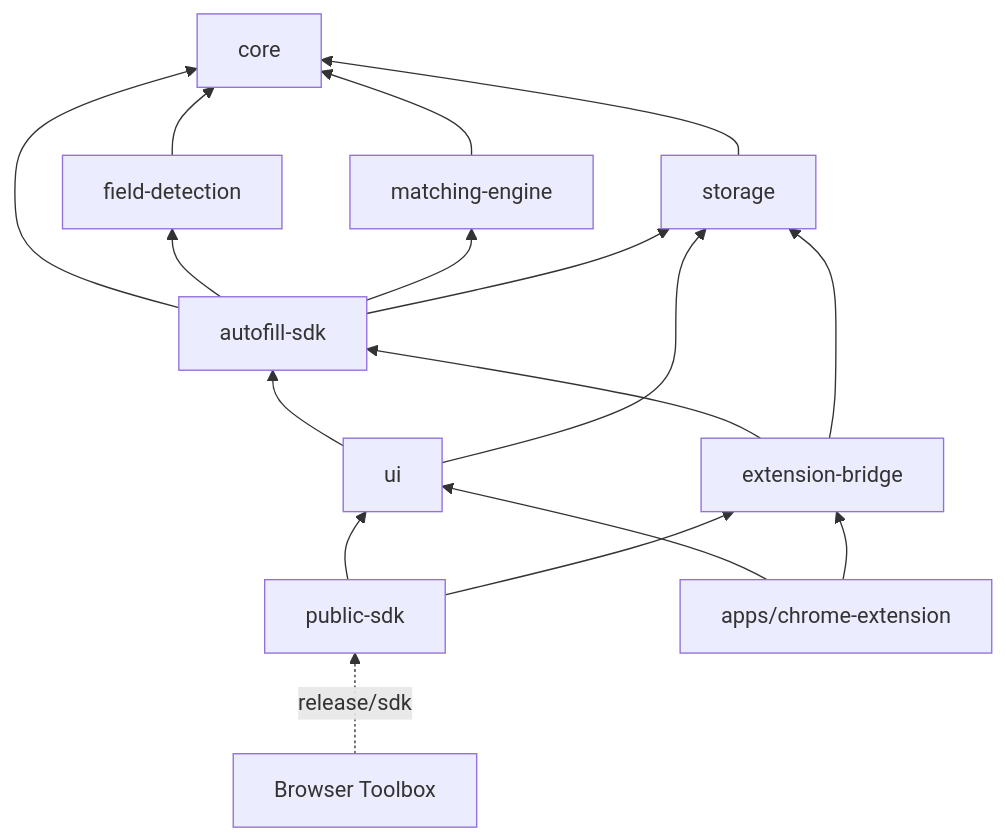
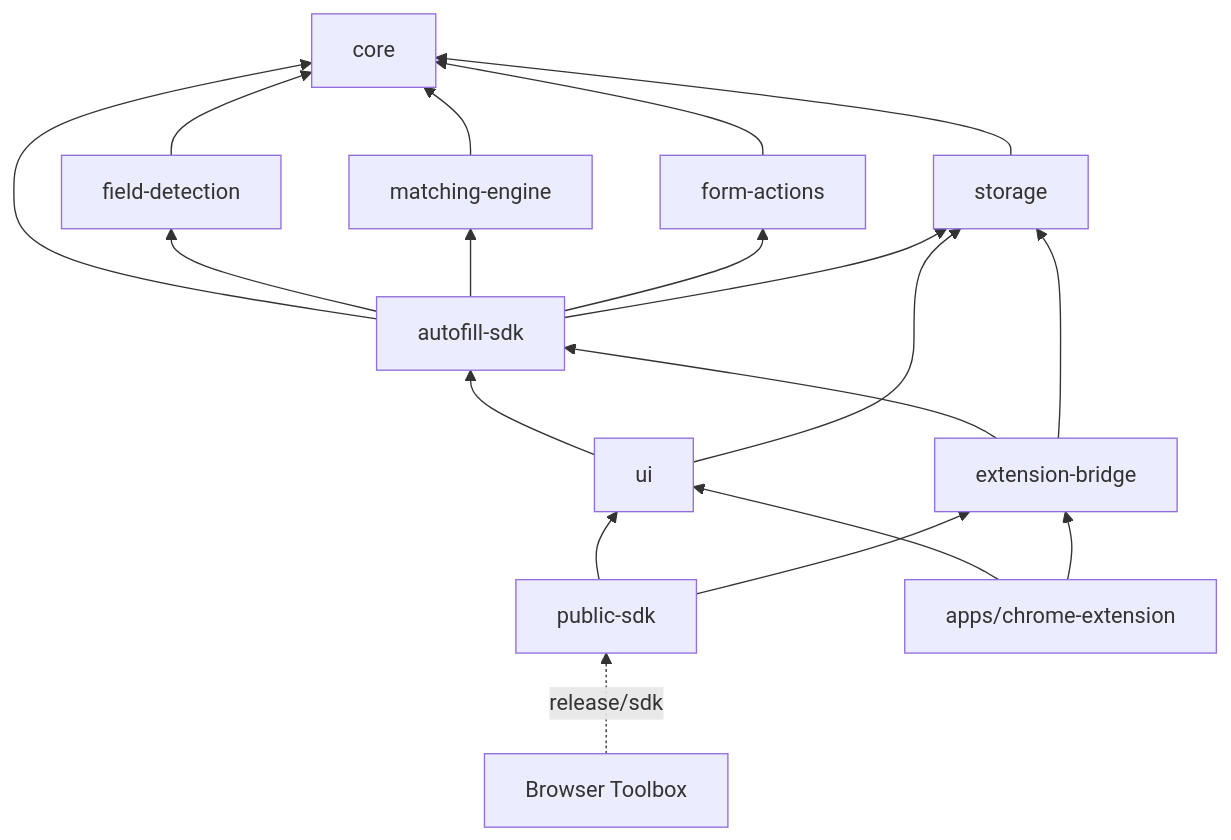
One commit to jayaprakash9603/auto-fill changed the first of 2 diagrams in docs/ARCHITECTURE.md. Above: the diagram before and after it, drawn with Mermaid. The commit also changed other lines of this file and 49 other files, not shown here.

````diff
--- a/docs/ARCHITECTURE.md
+++ b/docs/ARCHITECTURE.md
@@ -34,20 +35,22 @@
 ```mermaid
 flowchart BT
   core
   detection[field-detection] --> core
   matching[matching-engine] --> core
+  actions[form-actions] --> core
   storage --> core
   autofillSdk[autofill-sdk] --> core
   autofillSdk --> detection
   autofillSdk --> matching
+  autofillSdk --> actions
   autofillSdk --> storage
   bridge[extension-bridge] --> autofillSdk
   bridge --> storage
   ui --> autofillSdk
   ui --> storage
   publicSdk[public-sdk] --> ui
   publicSdk --> bridge
   extension[apps/chrome-extension] --> ui
   extension --> bridge
   toolbox[Browser Toolbox] -. release/sdk .-> publicSdk
 ```
````
